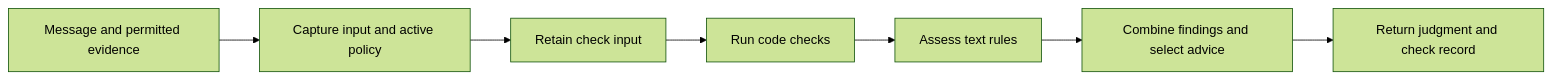
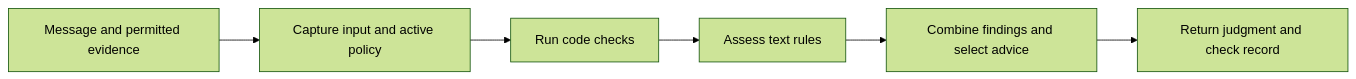
One commit to social-harness/moltzap changed the first of 2 diagrams in packages/social-harness/src/firewall/README.md. Above: the diagram before and after it, drawn with Mermaid (forest theme). The commit also changed other lines of this file and 2 other files, not shown here.

````diff
--- a/packages/social-harness/src/firewall/README.md
+++ b/packages/social-harness/src/firewall/README.md
@@ -24,9 +24,8 @@
 ```mermaid
 flowchart LR
   A[Message and permitted evidence] --> B[Capture input and active policy]
-  B --> C[Retain check input]
-  C --> D[Run code checks]
+  B --> D[Run code checks]
   D --> E[Assess text rules]
   E --> F[Combine findings and select advice]
   F --> G[Return judgment and check record]
 ```
````
